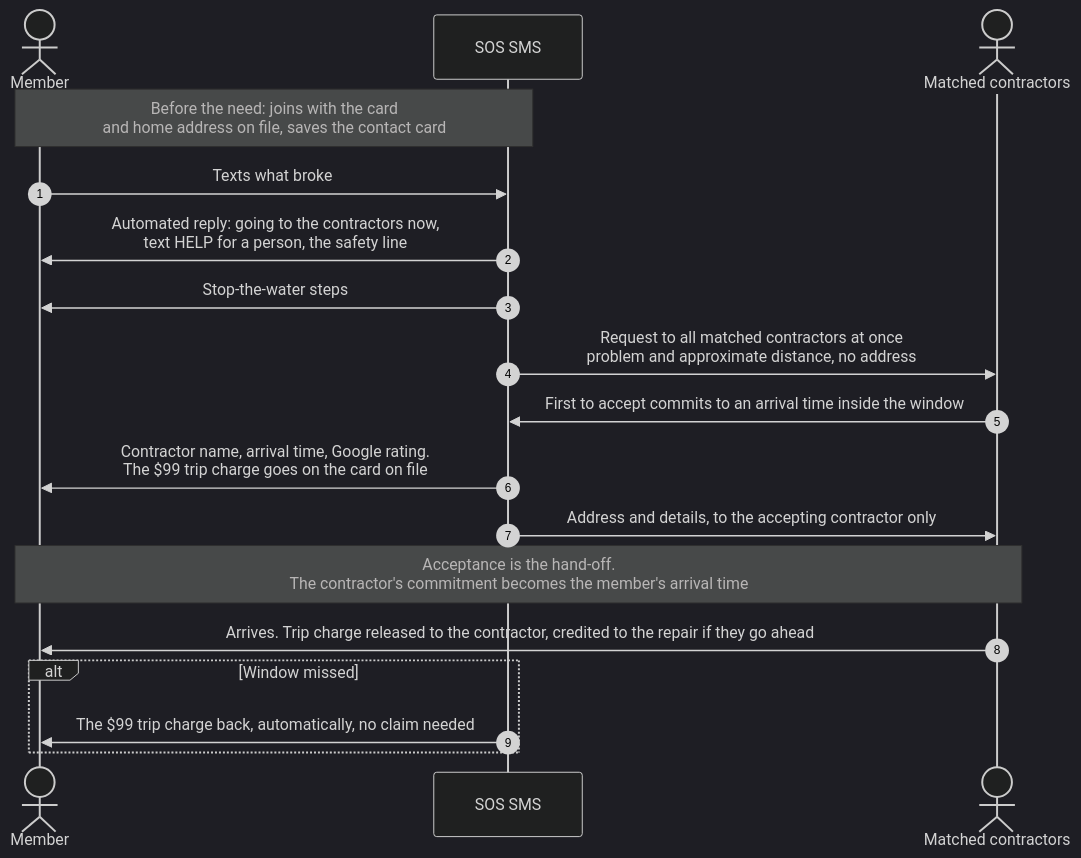
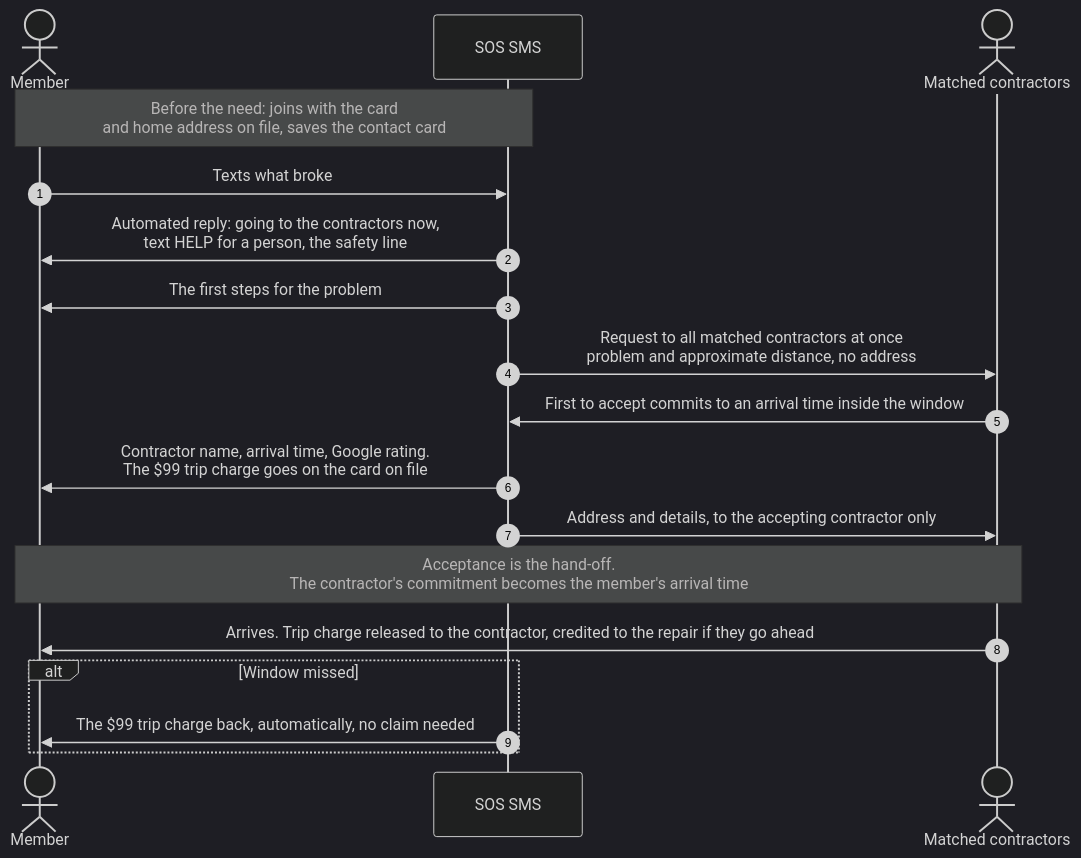
The third of 9 diagrams in README.md (Saasrelaunchdev/SOSSMSGTMBrain), drawn with Mermaid (dark theme) before and after one commit. The commit also changed other lines of this file and 63 other files, not shown here.

````diff
--- a/README.md
+++ b/README.md
@@ -177,20 +177,20 @@
 ```mermaid
 sequenceDiagram
     autonumber
     actor C as Member
     participant S as SOS SMS
     actor K as Matched contractors
     Note over C,S: Before the need: joins with the card<br/>and home address on file, saves the contact card
     C->>S: Texts what broke
     S->>C: Automated reply: going to the contractors now,<br/>text HELP for a person, the safety line
-    S->>C: Stop-the-water steps
+    S->>C: The first steps for the problem
     S->>K: Request to all matched contractors at once<br/>problem and approximate distance, no address
     K->>S: First to accept commits to an arrival time inside the window
     S->>C: Contractor name, arrival time, Google rating.<br/>The $99 trip charge goes on the card on file
     S->>K: Address and details, to the accepting contractor only
     Note over C,K: Acceptance is the hand-off.<br/>The contractor's commitment becomes the member's arrival time
     K->>C: Arrives. Trip charge released to the contractor, credited to the repair if they go ahead
     alt Window missed
         S->>C: The $99 trip charge back, automatically, no claim needed
     end
 ```
````
